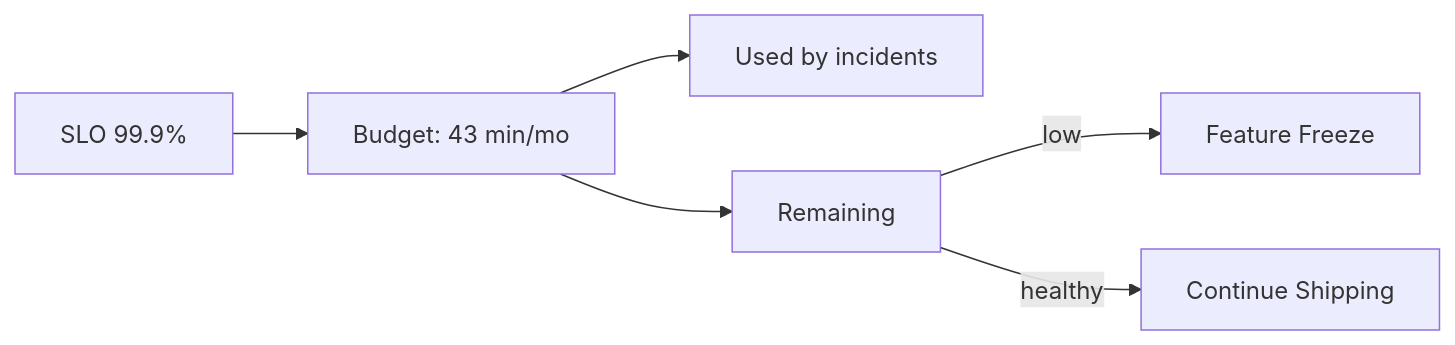
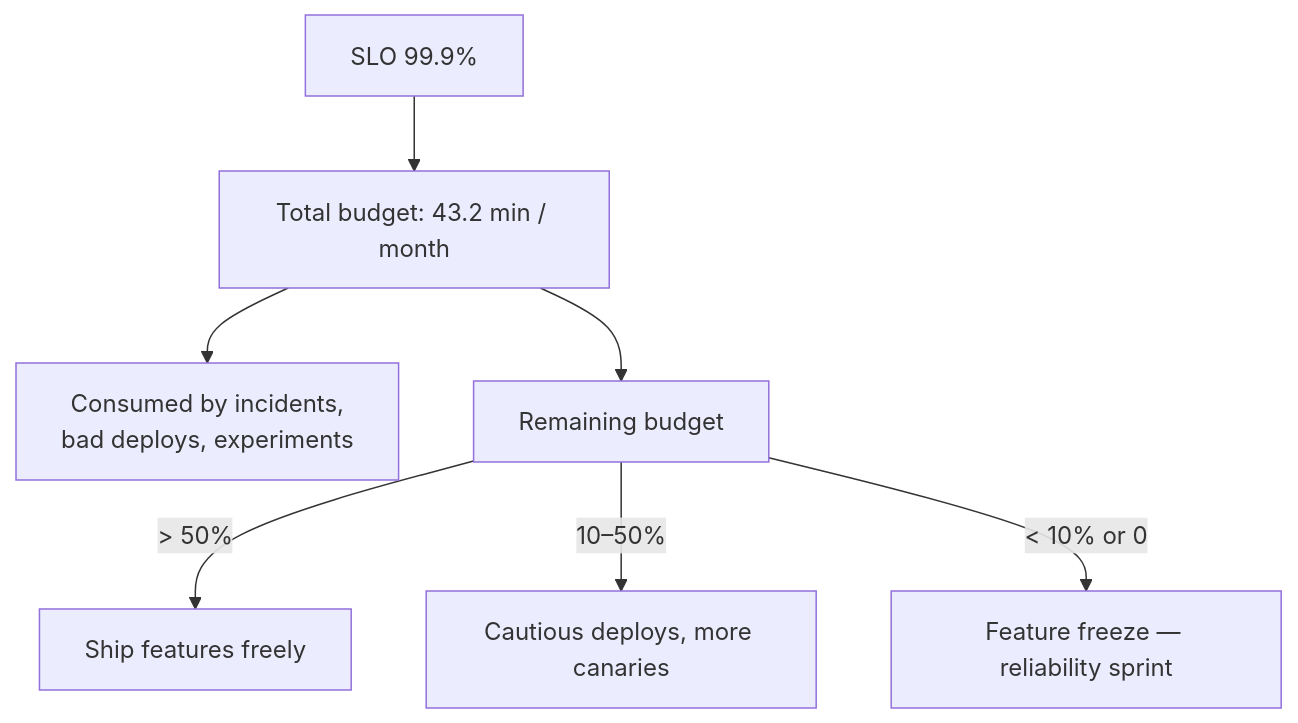
One commit to hareramcse/SystemDesign changed diagram 15 of 20 in 09-observability/README.md. Above: the diagram before and after it, drawn with Mermaid. The commit also changed other lines of this file and 14 other files, not shown here.

````diff
--- a/09-observability/README.md
+++ b/09-observability/README.md
@@ -696,8 +948,9 @@
 ```mermaid
-flowchart LR
-    SLO["SLO 99.9%"] --> EB["Budget: 43 min/mo"]
-    EB --> U[Used by incidents]
-    EB --> R[Remaining]
-    R -->|low| Freeze[Feature Freeze]
-    R -->|healthy| Ship[Continue Shipping]
+flowchart TB
+    SLO["SLO 99.9%"] --> EB["Total budget: 43.2 min / month"]
+    EB --> Used["Consumed by incidents,<br/>bad deploys, experiments"]
+    EB --> Remaining["Remaining budget"]
+    Remaining -->|> 50%| Green[Ship features freely]
+    Remaining -->|10–50%| Yellow[Cautious deploys, more canaries]
+    Remaining -->|< 10% or 0| Red[Feature freeze — reliability sprint]
 ```
````
